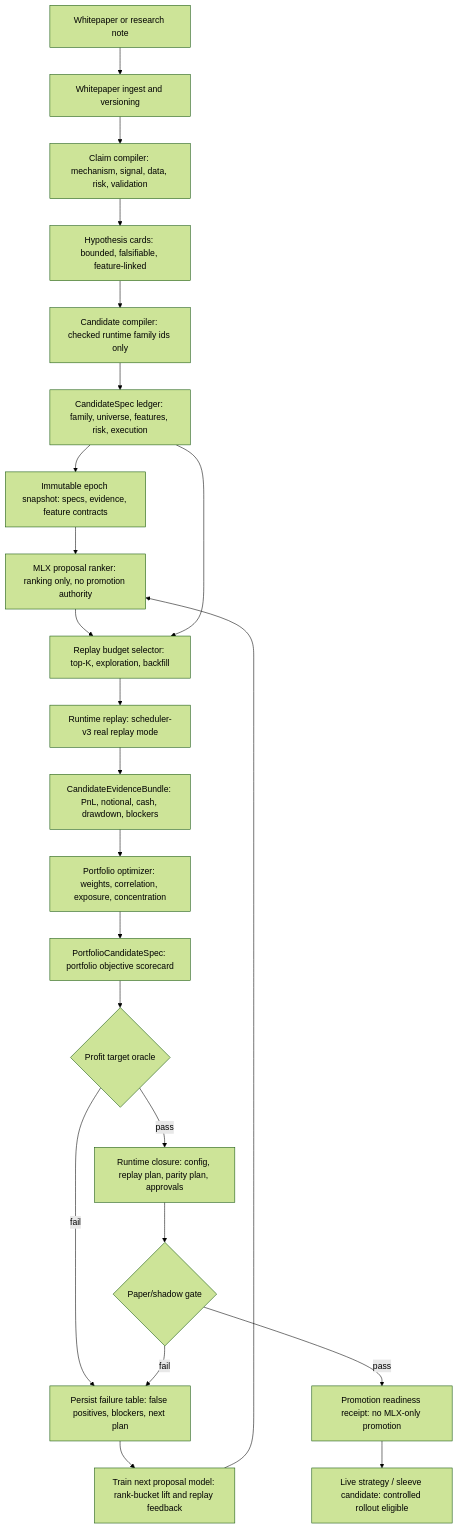
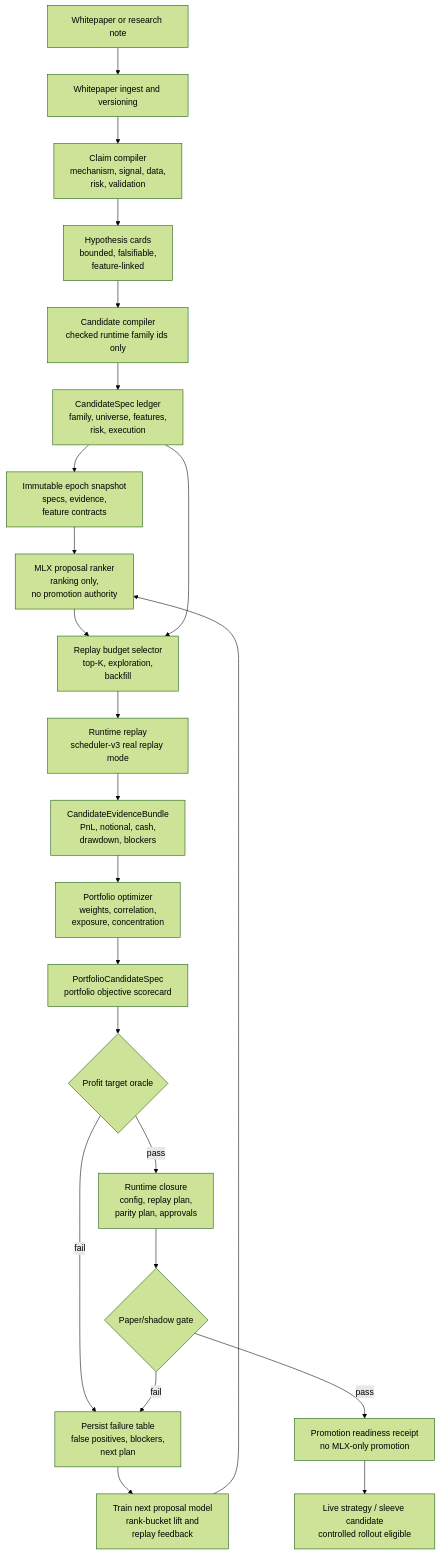
Before and after one commit to proompteng/lab: the first of 3 diagrams in docs/torghut/design-system/v6/214-torghut-current-whitepaper-to-profitable-strategy-workflow-2026-05-16.md, drawn with Mermaid (forest theme). The commit also changed 2 other files, not shown here.

Commit message:
fix(torghut): block overgross autoresearch replay candidates

````diff
--- a/docs/torghut/design-system/v6/214-torghut-current-whitepaper-to-profitable-strategy-workflow-2026-05-16.md
+++ b/docs/torghut/design-system/v6/214-torghut-current-whitepaper-to-profitable-strategy-workflow-2026-05-16.md
@@ -16,29 +16,29 @@
 ```mermaid
 flowchart TD
   Paper["Whitepaper or research note"] --> Ingest["Whitepaper ingest and versioning"]
-  Ingest --> Claims["Claim compiler: mechanism, signal, data, risk, validation"]
-  Claims --> Cards["Hypothesis cards: bounded, falsifiable, feature-linked"]
-  Cards --> Factory["Candidate compiler: checked runtime family ids only"]
-  Factory --> Specs["CandidateSpec ledger: family, universe, features, risk, execution"]
+  Ingest --> Claims["Claim compiler<br/>mechanism, signal, data,<br/>risk, validation"]
+  Claims --> Cards["Hypothesis cards<br/>bounded, falsifiable,<br/>feature-linked"]
+  Cards --> Factory["Candidate compiler<br/>checked runtime family ids only"]
+  Factory --> Specs["CandidateSpec ledger<br/>family, universe, features,<br/>risk, execution"]
 
-  Specs --> Snapshot["Immutable epoch snapshot: specs, evidence, feature contracts"]
-  Snapshot --> MLX["MLX proposal ranker: ranking only, no promotion authority"]
-  MLX --> Budget["Replay budget selector: top-K, exploration, backfill"]
+  Specs --> Snapshot["Immutable epoch snapshot<br/>specs, evidence,<br/>feature contracts"]
+  Snapshot --> MLX["MLX proposal ranker<br/>ranking only,<br/>no promotion authority"]
+  MLX --> Budget["Replay budget selector<br/>top-K, exploration,<br/>backfill"]
   Specs --> Budget
 
-  Budget --> Replay["Runtime replay: scheduler-v3 real replay mode"]
-  Replay --> Evidence["CandidateEvidenceBundle: PnL, notional, cash, drawdown, blockers"]
-  Evidence --> Optimizer["Portfolio optimizer: weights, correlation, exposure, concentration"]
-  Optimizer --> Portfolio["PortfolioCandidateSpec: portfolio objective scorecard"]
+  Budget --> Replay["Runtime replay<br/>scheduler-v3 real replay mode"]
+  Replay --> Evidence["CandidateEvidenceBundle<br/>PnL, notional, cash,<br/>drawdown, blockers"]
+  Evidence --> Optimizer["Portfolio optimizer<br/>weights, correlation,<br/>exposure, concentration"]
+  Optimizer --> Portfolio["PortfolioCandidateSpec<br/>portfolio objective scorecard"]
 
   Portfolio --> Oracle{"Profit target oracle"}
-  Oracle -->|"fail"| LedgerFail["Persist failure table: false positives, blockers, next plan"]
-  LedgerFail --> Train["Train next proposal model: rank-bucket lift and replay feedback"]
+  Oracle -->|"fail"| LedgerFail["Persist failure table<br/>false positives, blockers,<br/>next plan"]
+  LedgerFail --> Train["Train next proposal model<br/>rank-bucket lift and<br/>replay feedback"]
   Train --> MLX
 
-  Oracle -->|"pass"| Closure["Runtime closure: config, replay plan, parity plan, approvals"]
+  Oracle -->|"pass"| Closure["Runtime closure<br/>config, replay plan,<br/>parity plan, approvals"]
   Closure --> Shadow{"Paper/shadow gate"}
   Shadow -->|"fail"| LedgerFail
-  Shadow -->|"pass"| Promotion["Promotion readiness receipt: no MLX-only promotion"]
-  Promotion --> LiveSleeve["Live strategy / sleeve candidate: controlled rollout eligible"]
+  Shadow -->|"pass"| Promotion["Promotion readiness receipt<br/>no MLX-only promotion"]
+  Promotion --> LiveSleeve["Live strategy / sleeve candidate<br/>controlled rollout eligible"]
 ```
````
